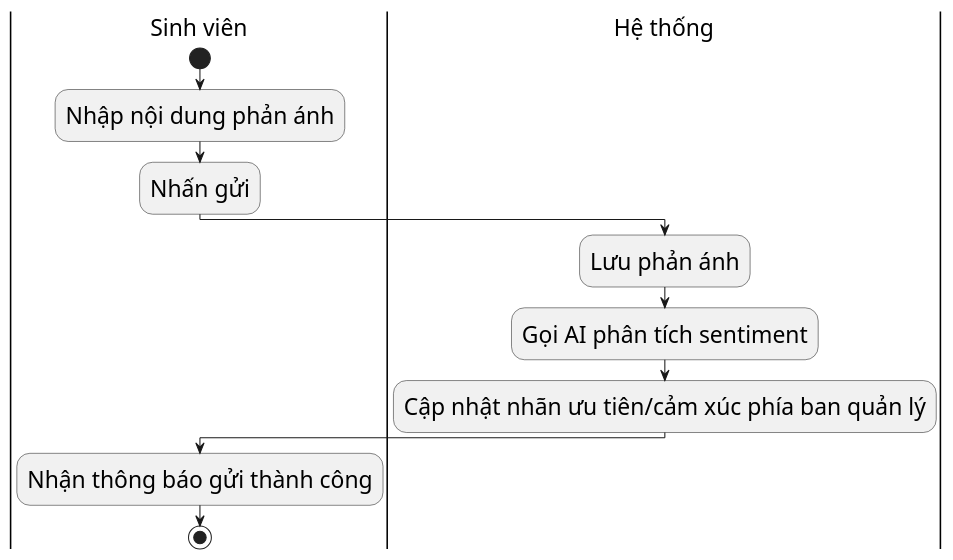
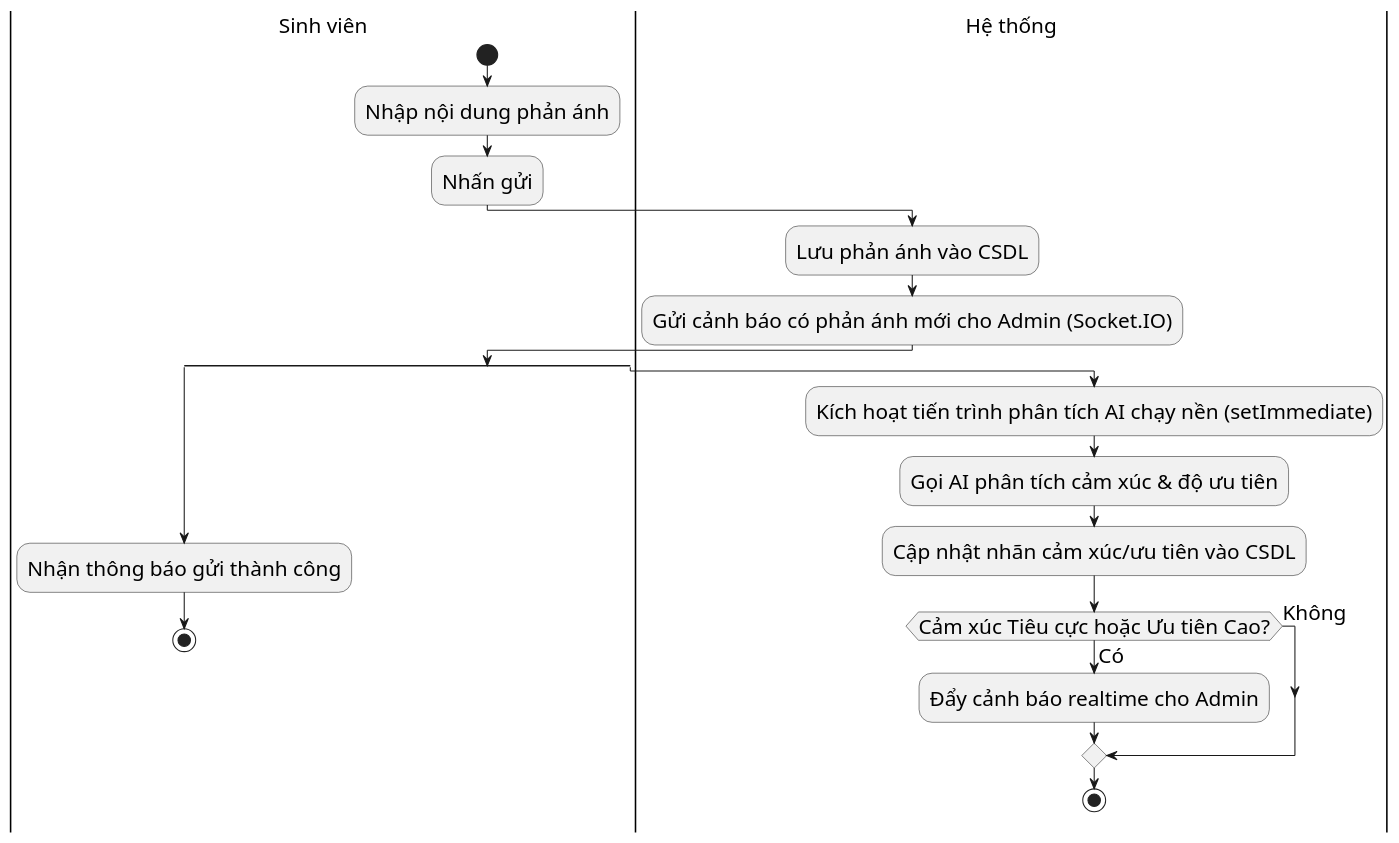
One commit to s0nbuildtech287/dormitory-frontend changed the diagram in diagrams/nhomphananh/feedback_create_ai_activity.puml. Above: the diagram before and after it, drawn with PlantUML. The commit also changed 2 other files, not shown here.

```diff
--- a/diagrams/nhomphananh/feedback_create_ai_activity.puml
+++ b/diagrams/nhomphananh/feedback_create_ai_activity.puml
@@ -1,15 +1,27 @@
 @startuml "Feedback Create AI Activity"
-skinparam defaultFontSize 22
+skinparam defaultFontSize 20
 skinparam defaultFontName "Times New Roman"
+
 |Sinh viên|
 start
 :Nhập nội dung phản ánh;
 :Nhấn gửi;
 |Hệ thống|
-:Lưu phản ánh;
-:Gọi AI phân tích sentiment;
-:Cập nhật nhãn ưu tiên/cảm xúc phía ban quản lý;
-|Sinh viên|
-:Nhận thông báo gửi thành công;
-stop
+:Lưu phản ánh vào CSDL;
+:Gửi cảnh báo có phản ánh mới cho Admin (Socket.IO);
+split
+  |Sinh viên|
+  :Nhận thông báo gửi thành công;
+  stop
+split again
+  |Hệ thống|
+  :Kích hoạt tiến trình phân tích AI chạy nền (setImmediate);
+  :Gọi AI phân tích cảm xúc & độ ưu tiên;
+  :Cập nhật nhãn cảm xúc/ưu tiên vào CSDL;
+  if (Cảm xúc Tiêu cực hoặc Ưu tiên Cao?) then (Có)
+    :Đẩy cảnh báo realtime cho Admin;
+  else (Không)
+  endif
+  stop
+end split
 @enduml
```
